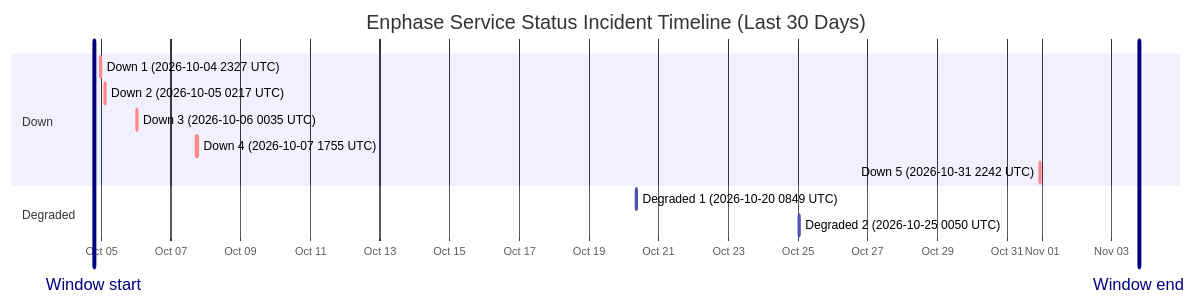
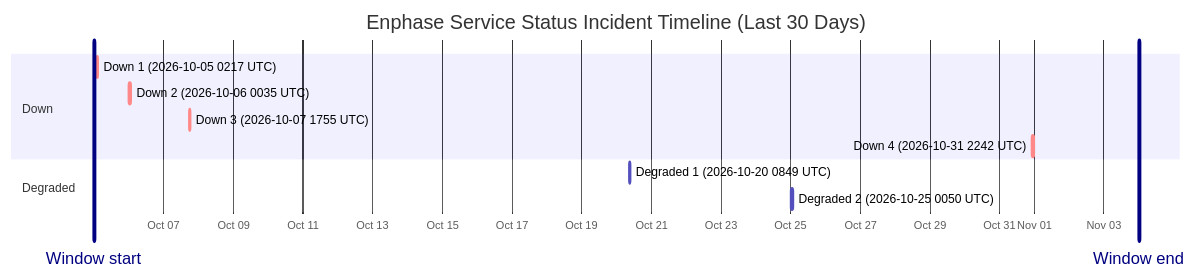
The diagram in wiki/Service-Status-History.md (barneyonline/ha-enphase-energy), drawn with Mermaid before and after one commit. The commit also changed other lines of this file and 3 other files, not shown here.

````diff
--- a/wiki/Service-Status-History.md
+++ b/wiki/Service-Status-History.md
@@ -14,17 +14,16 @@
 ```mermaid
 gantt
     title Enphase Service Status Incident Timeline (Last 30 Days)
     dateFormat  YYYY-MM-DDTHH:mm:ss
     axisFormat  %b %d
-    Window start :vert, window-start, 2026-10-04T19:03:37, 0ms
-    Window end :vert, window-end, 2026-11-03T19:03:37, 0ms
+    Window start :vert, window-start, 2026-10-05T00:03:57, 0ms
+    Window end :vert, window-end, 2026-11-04T00:03:57, 0ms
     section Down
-    Down 1 (2026-10-04 2327 UTC) :crit, down-1, 2026-10-04T23:27:34, 60m
-    Down 2 (2026-10-05 0217 UTC) :crit, down-2, 2026-10-05T02:17:30, 60m
-    Down 3 (2026-10-06 0035 UTC) :crit, down-3, 2026-10-06T00:35:21, 60m
-    Down 4 (2026-10-07 1755 UTC) :crit, down-4, 2026-10-07T17:55:16, 60m
-    Down 5 (2026-10-31 2242 UTC) :crit, down-5, 2026-10-31T22:42:18, 60m
+    Down 1 (2026-10-05 0217 UTC) :crit, down-1, 2026-10-05T02:17:30, 60m
+    Down 2 (2026-10-06 0035 UTC) :crit, down-2, 2026-10-06T00:35:21, 60m
+    Down 3 (2026-10-07 1755 UTC) :crit, down-3, 2026-10-07T17:55:16, 60m
+    Down 4 (2026-10-31 2242 UTC) :crit, down-4, 2026-10-31T22:42:18, 60m
     section Degraded
     Degraded 1 (2026-10-20 0849 UTC) :active, degraded-1, 2026-10-20T08:49:49, 60m
     Degraded 2 (2026-10-25 0050 UTC) :active, degraded-2, 2026-10-25T00:50:01, 60m
 ```
````
